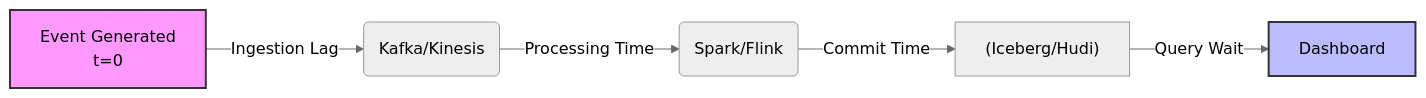
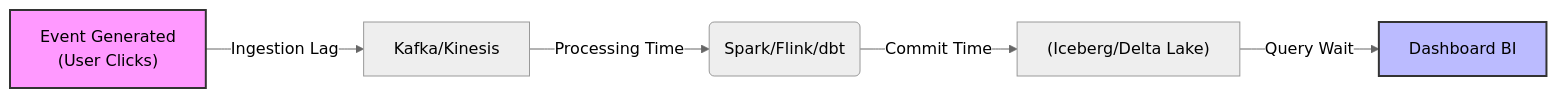
The diagram in src/content/docs/concepts/7-dataops-orchestration-quality/freshness-monitoring.md (kythuatdulieu/kythuatdulieu.github.io), drawn with Mermaid (neutral theme) before and after one commit. The commit also changed other lines of this file and 213 other files, not shown here.

Commit message:
Fix syntax and rewrite 200+ concepts docs to deep-dive system architecture and add GA4 tracking to quiz app

````diff
--- a/src/content/docs/concepts/7-dataops-orchestration-quality/freshness-monitoring.md
+++ b/src/content/docs/concepts/7-dataops-orchestration-quality/freshness-monitoring.md
@@ -26,10 +26,10 @@
 ```mermaid
 flowchart LR
-    A["Event Generated\nt=0"] -->|Ingestion Lag| B("Kafka/Kinesis")
-    B -->|Processing Time| C("Spark/Flink")
-    C -->|Commit Time| D["(Iceberg/Hudi)"]
-    D -->|Query Wait| E["Dashboard"]
+    A["Event Generated\n(User Clicks)"] -->|Ingestion Lag| B["Kafka/Kinesis"]
+    B -->|Processing Time| C("Spark/Flink/dbt")
+    C -->|Commit Time| D["(Iceberg/Delta Lake)"]
+    D -->|Query Wait| E["Dashboard BI"]
     
     style A fill:#f9f,stroke:#333,stroke-width:2px
     style E fill:#bbf,stroke:#333,stroke-width:2px
 ```
````
